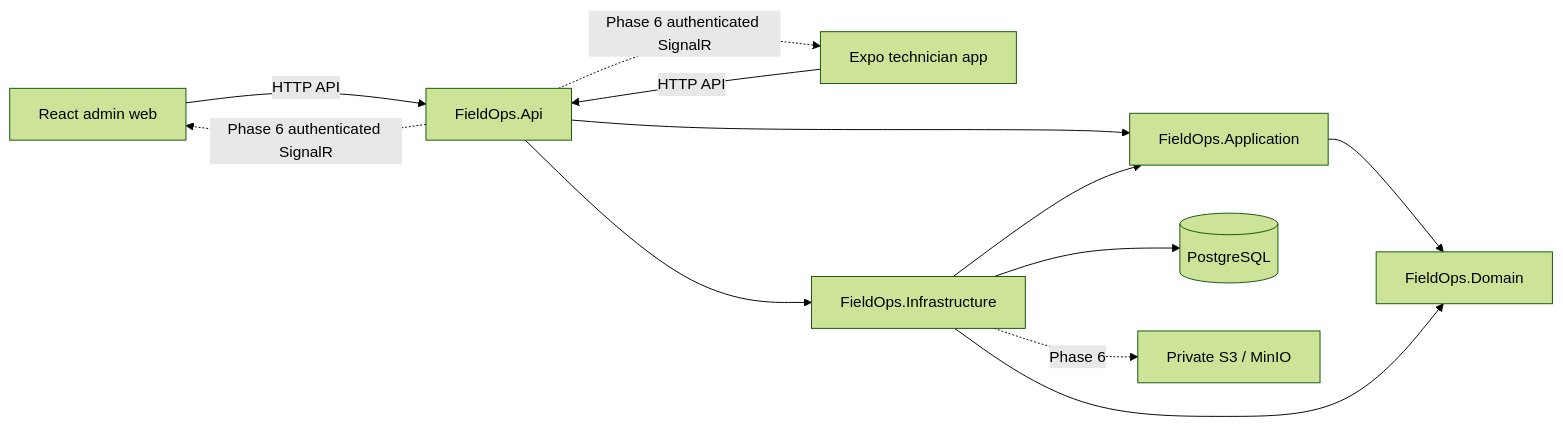
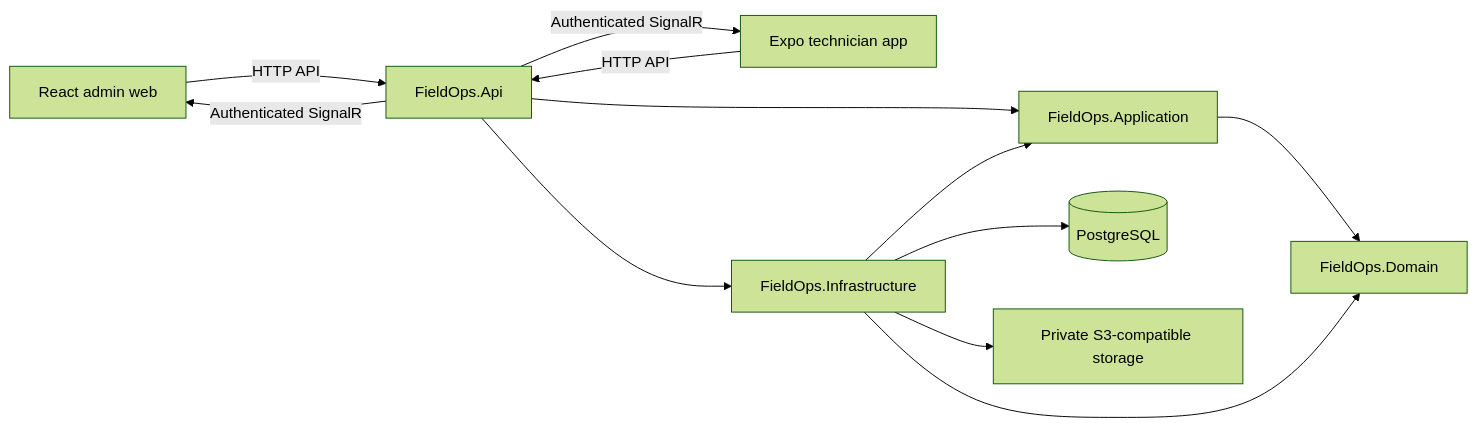
The diagram in docs/architecture.md (AlperAkgn/fieldops), drawn with Mermaid (forest theme) before and after one commit. The commit also changed other lines of this file and 93 other files, not shown here.

````diff
--- a/docs/architecture.md
+++ b/docs/architecture.md
@@ -9,14 +9,14 @@
 ```mermaid
 flowchart LR
     Web[React admin web] -->|HTTP API| Api[FieldOps.Api]
     Mobile[Expo technician app] -->|HTTP API| Api
     Api --> Application[FieldOps.Application]
     Api --> Infrastructure[FieldOps.Infrastructure]
     Application --> Domain[FieldOps.Domain]
     Infrastructure --> Application
     Infrastructure --> Domain
     Infrastructure --> DB[(PostgreSQL)]
-    Infrastructure -. Phase 6 .-> Storage[Private S3 / MinIO]
-    Api -. Phase 6 authenticated SignalR .-> Web
-    Api -. Phase 6 authenticated SignalR .-> Mobile
+    Infrastructure --> Storage[Private S3-compatible storage]
+    Api -->|Authenticated SignalR| Web
+    Api -->|Authenticated SignalR| Mobile
 ```
````
